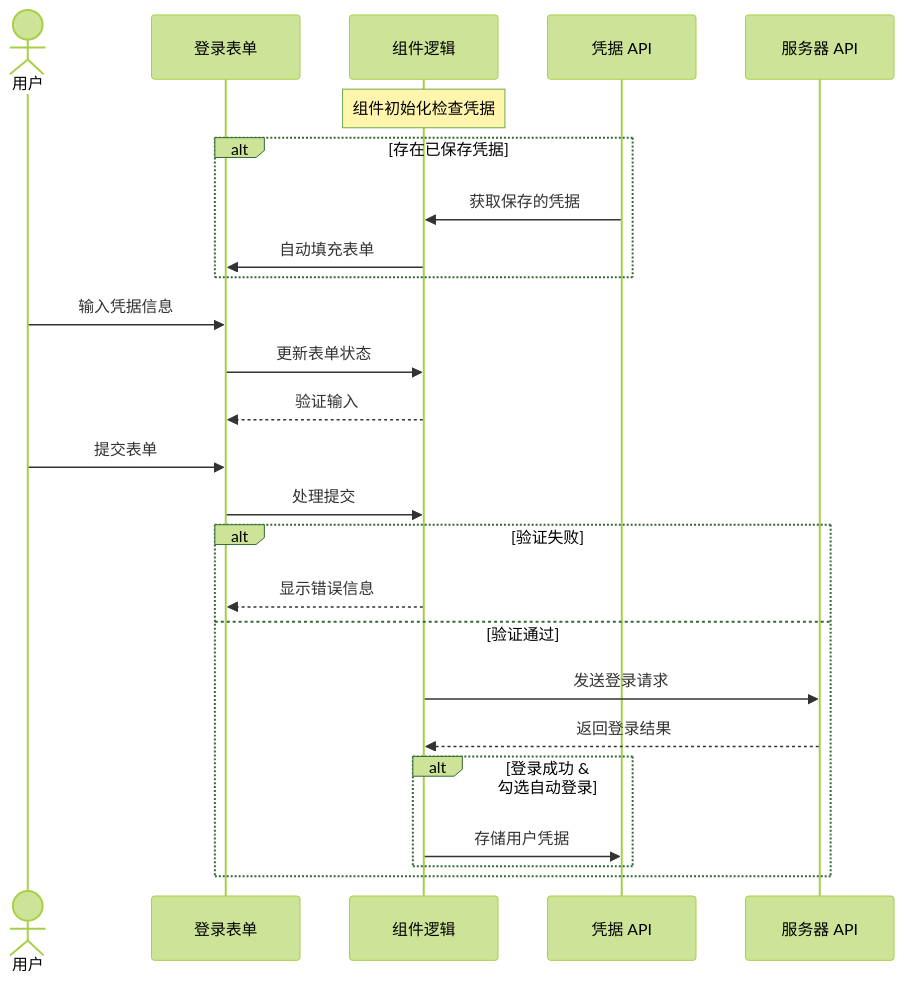
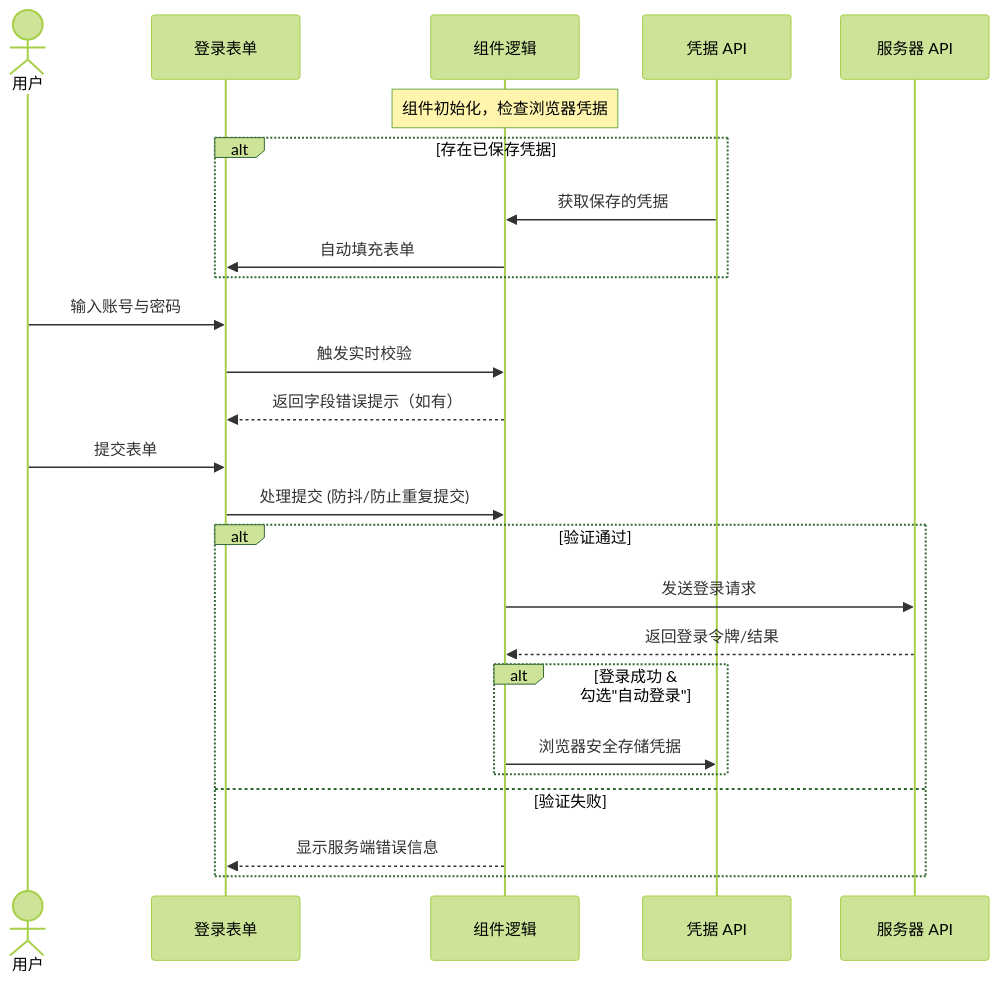
One commit to weihongyu12/web changed the diagram in docs/features/authentication/password/README.md. Above: the diagram before and after it, drawn with Mermaid (forest theme). The commit also changed other lines of this file, not shown here.

````diff
--- a/docs/features/authentication/password/README.md
+++ b/docs/features/authentication/password/README.md
@@ -245,33 +30,33 @@
 ```mermaid
 sequenceDiagram
     actor User as 用户
     participant UI as 登录表单
     participant Form as 组件逻辑
     participant CredAPI as 凭据 API
     participant Server as 服务器 API
 
-    Note over Form: 组件初始化检查凭据
+    Note over Form: 组件初始化，检查浏览器凭据
 
     alt 存在已保存凭据
         CredAPI->>Form: 获取保存的凭据
         Form->>UI: 自动填充表单
     end
 
-    User->>UI: 输入凭据信息
-    UI->>Form: 更新表单状态
-    Form-->>UI: 验证输入
+    User->>UI: 输入账号与密码
+    UI->>Form: 触发实时校验
+    Form-->>UI: 返回字段错误提示（如有）
 
     User->>UI: 提交表单
-    UI->>Form: 处理提交
+    UI->>Form: 处理提交 (防抖/防止重复提交)
     
-    alt 验证失败
-        Form-->>UI: 显示错误信息
-    else 验证通过
+    alt 验证通过
         Form->>Server: 发送登录请求
-        Server-->>Form: 返回登录结果
+        Server-->>Form: 返回登录令牌/结果
         
-        alt 登录成功 & 勾选自动登录
-            Form->>CredAPI: 存储用户凭据
+        alt 登录成功 & 勾选"自动登录"
+            Form->>CredAPI: 浏览器安全存储凭据
         end
+    else 验证失败
+        Form-->>UI: 显示服务端错误信息
     end
 ```
````
